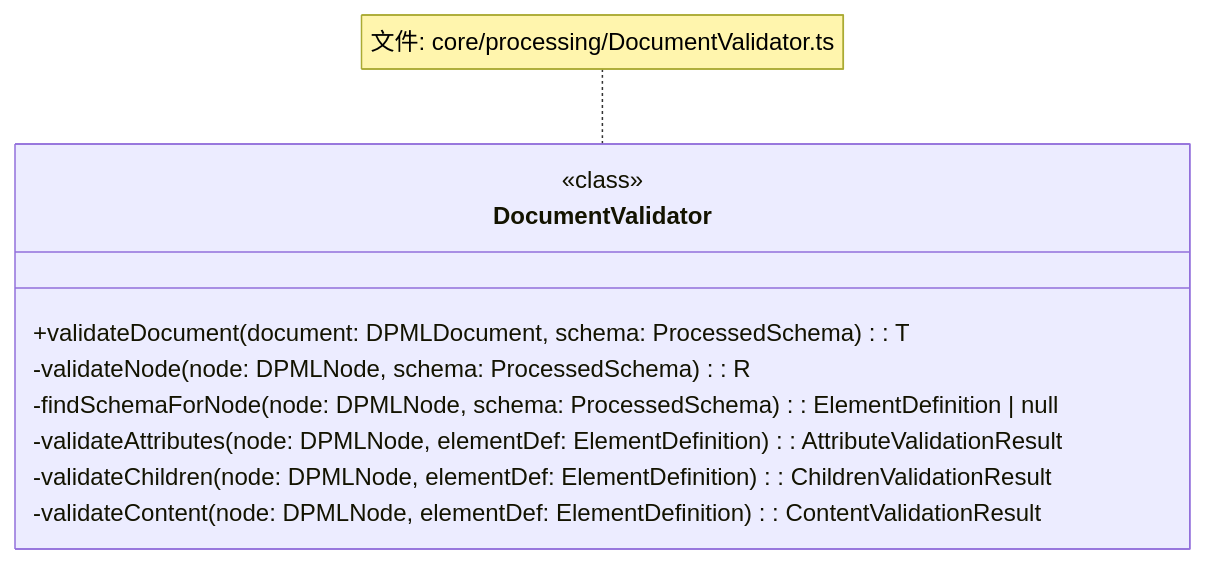
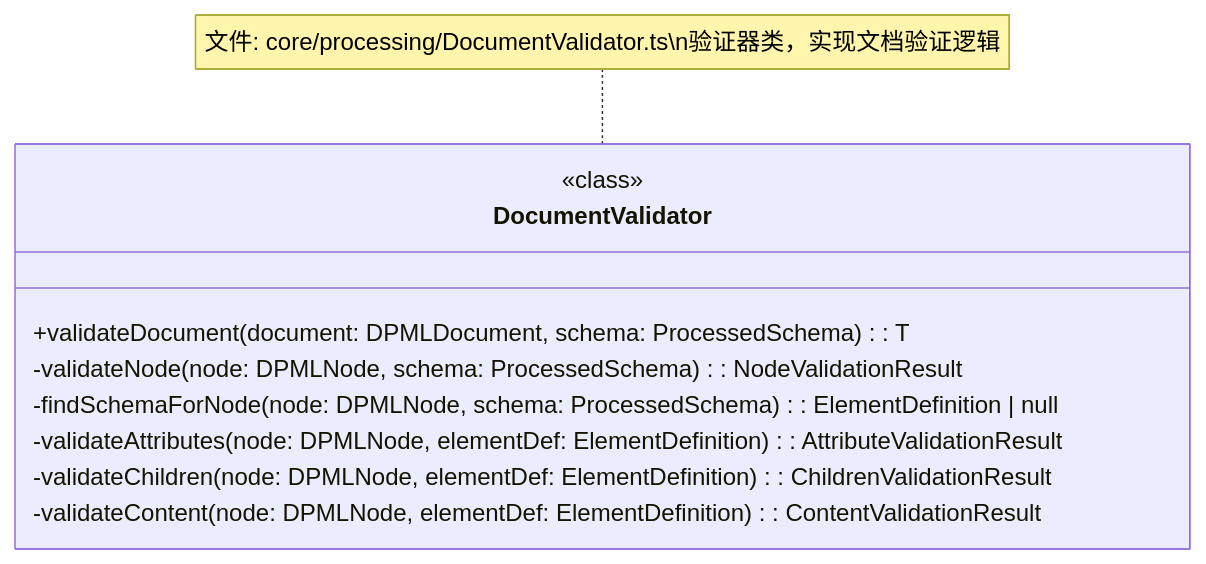
Before and after one commit to Deepractice/DPML: the third of 7 diagrams in packages/core/docs/product/Processing-Design.md, drawn with Mermaid. The commit also changed other lines of this file and 23 other files, not shown here.

````diff
--- a/packages/core/docs/product/Processing-Design.md
+++ b/packages/core/docs/product/Processing-Design.md
@@ -157,13 +161,13 @@
 ```mermaid
 classDiagram
     class DocumentValidator {
         <<class>>
         +validateDocument<T extends ValidationResult = ValidationResult>(document: DPMLDocument, schema: ProcessedSchema): T
-        -validateNode<R = NodeValidationResult>(node: DPMLNode, schema: ProcessedSchema): R
+        -validateNode(node: DPMLNode, schema: ProcessedSchema): NodeValidationResult
         -findSchemaForNode(node: DPMLNode, schema: ProcessedSchema): ElementDefinition | null
         -validateAttributes(node: DPMLNode, elementDef: ElementDefinition): AttributeValidationResult
         -validateChildren(node: DPMLNode, elementDef: ElementDefinition): ChildrenValidationResult
         -validateContent(node: DPMLNode, elementDef: ElementDefinition): ContentValidationResult
     }
-    note for DocumentValidator "文件: core/processing/DocumentValidator.ts"
+    note for DocumentValidator "文件: core/processing/DocumentValidator.ts\n验证器类，实现文档验证逻辑"
 ```
````
